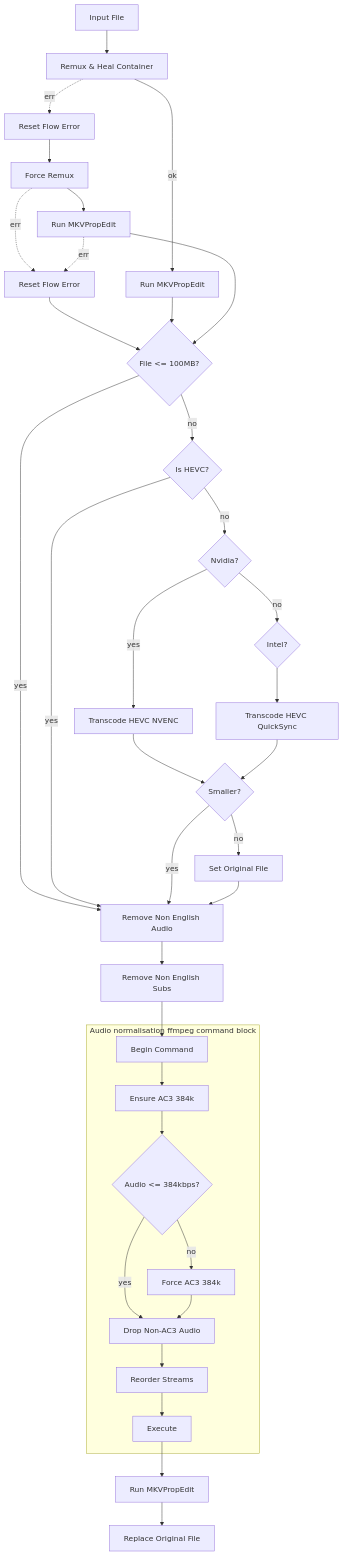
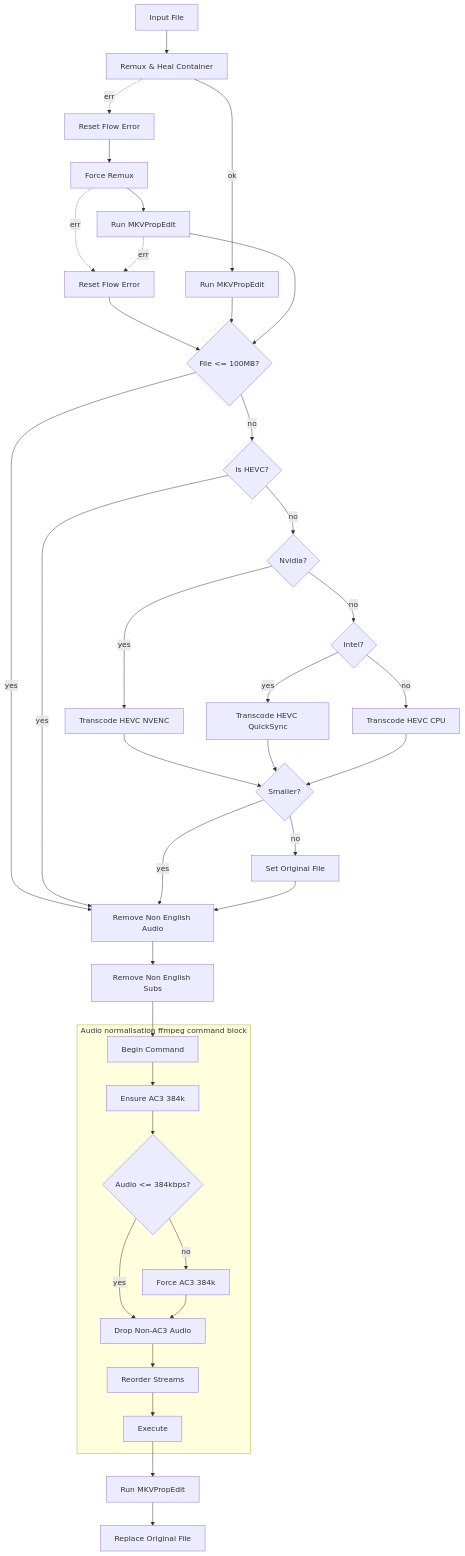
One commit to sdgluck/tdarr-flow-mkv-hevc-eac3 changed the diagram in README.md. Above: the diagram before and after it, drawn with Mermaid. The commit also changed other lines of this file and 1 other file, not shown here.

First line of the commit message:
Pin all three encoder plugins and give unknown nodes a CPU fallback

````diff
--- a/README.md
+++ b/README.md
@@ -104,49 +105,51 @@
 ```mermaid
 flowchart TD
     IN[Input File] --> REMUX[Remux & Heal Container]
     REMUX -->|ok| PROP1[Run MKVPropEdit]
     REMUX -.->|err| RST1[Reset Flow Error]
     RST1 --> FORCE[Force Remux]
     FORCE --> PROP2[Run MKVPropEdit]
     FORCE -.->|err| RST2[Reset Flow Error]
     PROP2 -.->|err| RST2
     RST2 --> SIZE
     PROP1 --> SIZE{File &lt;= 100MB?}
     PROP2 --> SIZE
 
     SIZE -->|yes| CLEANA
     SIZE -->|no| HEVC{Is HEVC?}
     HEVC -->|yes| CLEANA
     HEVC -->|no| NV{Nvidia?}
     NV -->|yes| ENC1[Transcode HEVC NVENC]
     NV -->|no| INTEL{Intel?}
-    INTEL --> ENC2[Transcode HEVC QuickSync]
+    INTEL -->|yes| ENC2[Transcode HEVC QuickSync]
+    INTEL -->|no| ENC3[Transcode HEVC CPU]
     ENC1 --> RATIO{Smaller?}
     ENC2 --> RATIO
+    ENC3 --> RATIO
     RATIO -->|yes| CLEANA
     RATIO -->|no| ORIG[Set Original File]
     ORIG --> CLEANA
 
     CLEANA[Remove Non English Audio] --> CLEANS[Remove Non English Subs]
     CLEANS --> START[Begin Command]
 
     START --> ENS[Ensure AC3 384k]
     ENS --> BR{Audio &lt;= 384kbps?}
     BR -->|yes| DROP[Drop Non-AC3 Audio]
     BR -->|no| CUST[Force AC3 384k]
     CUST --> DROP
     DROP --> ORDER[Reorder Streams]
     ORDER --> EXEC[Execute]
     EXEC --> PROP3[Run MKVPropEdit]
     PROP3 --> REPL[Replace Original File]
 
     subgraph audio [Audio normalisation ffmpeg command block]
         START
         ENS
         BR
         CUST
         DROP
         ORDER
         EXEC
     end
 ```
````
